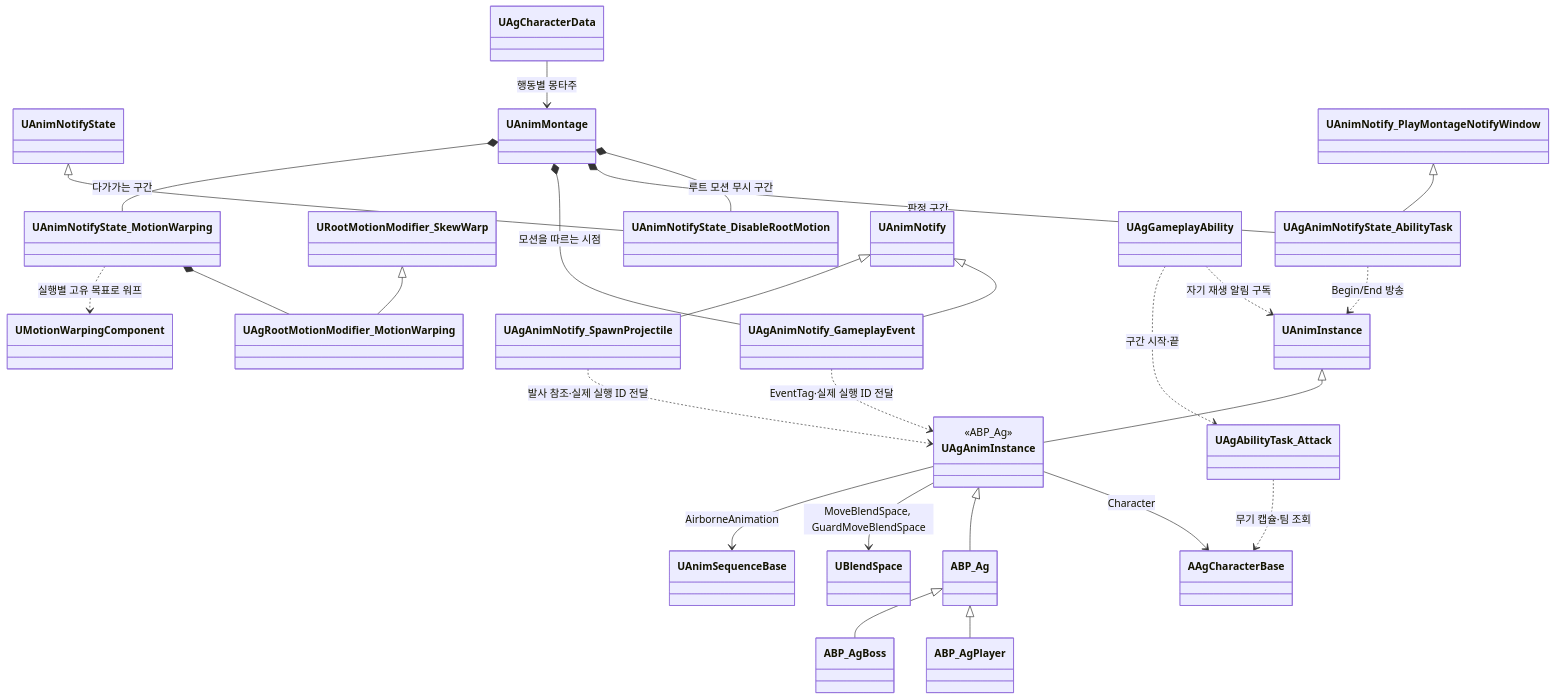
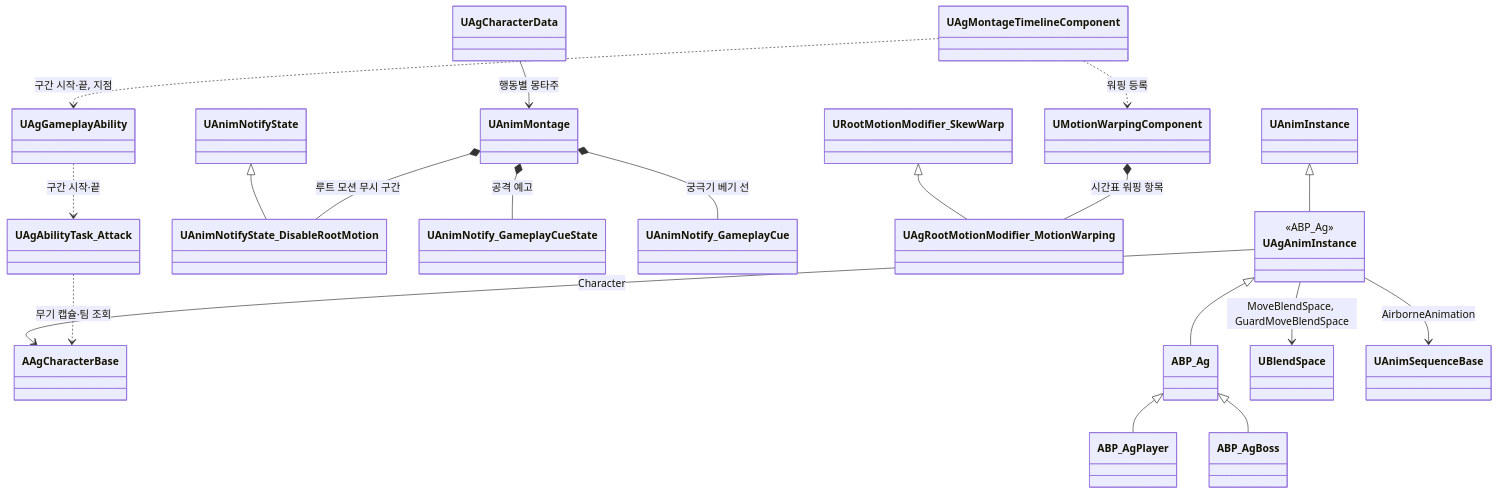
The diagram in Docs/Program/애니메이션과 이동.md (Woogl/Ag), drawn with Mermaid before and after one commit. The commit also changed other lines of this file and 87 other files, not shown here.

````diff
--- a/Docs/Program/애니메이션과 이동.md
+++ b/Docs/Program/애니메이션과 이동.md
@@ -47,33 +45,26 @@
 ```mermaid
 classDiagram
     direction TB
     class UAgAnimInstance {
         <<ABP_Ag>>
     }
     UAnimInstance <|-- UAgAnimInstance
     UAgAnimInstance --> AAgCharacterBase : Character
     UAgAnimInstance <|-- ABP_Ag
     ABP_Ag <|-- ABP_AgPlayer
     ABP_Ag <|-- ABP_AgBoss
     UAgAnimInstance --> UBlendSpace : MoveBlendSpace, GuardMoveBlendSpace
     UAgAnimInstance --> UAnimSequenceBase : AirborneAnimation
 
     UAnimNotifyState <|-- UAnimNotifyState_DisableRootMotion
     UAnimMontage *-- UAnimNotifyState_DisableRootMotion : 루트 모션 무시 구간
+    UAnimMontage *-- UAnimNotify_GameplayCueState : 공격 예고
+    UAnimMontage *-- UAnimNotify_GameplayCue : 궁극기 베기 선
+    UAgCharacterData --> UAnimMontage : 행동별 몽타주
     URootMotionModifier_SkewWarp <|-- UAgRootMotionModifier_MotionWarping
-    UAnimNotifyState_MotionWarping *-- UAgRootMotionModifier_MotionWarping
-    UAnimNotify_PlayMontageNotifyWindow <|-- UAgAnimNotifyState_AbilityTask
-    UAnimNotify <|-- UAgAnimNotify_GameplayEvent
-    UAnimNotify <|-- UAgAnimNotify_SpawnProjectile
-    UAgCharacterData --> UAnimMontage : 행동별 몽타주
-    UAnimMontage *-- UAgAnimNotifyState_AbilityTask : 판정 구간
-    UAnimMontage *-- UAgAnimNotify_GameplayEvent : 모션을 따르는 시점
-    UAgAnimNotifyState_AbilityTask ..> UAnimInstance : Begin/End 방송
-    UAgGameplayAbility ..> UAnimInstance : 자기 재생 알림 구독
+    UMotionWarpingComponent *-- UAgRootMotionModifier_MotionWarping : 시간표 워핑 항목
+    UAgMontageTimelineComponent ..> UMotionWarpingComponent : 워핑 등록
+    UAgMontageTimelineComponent ..> UAgGameplayAbility : 구간 시작·끝, 지점
     UAgGameplayAbility ..> UAgAbilityTask_Attack : 구간 시작·끝
     UAgAbilityTask_Attack ..> AAgCharacterBase : 무기 캡슐·팀 조회
-    UAgAnimNotify_GameplayEvent ..> UAgAnimInstance : EventTag·실제 실행 ID 전달
-    UAgAnimNotify_SpawnProjectile ..> UAgAnimInstance : 발사 참조·실제 실행 ID 전달
-    UAnimMontage *-- UAnimNotifyState_MotionWarping : 다가가는 구간
-    UAnimNotifyState_MotionWarping ..> UMotionWarpingComponent : 실행별 고유 목표로 워프
 ```
````
